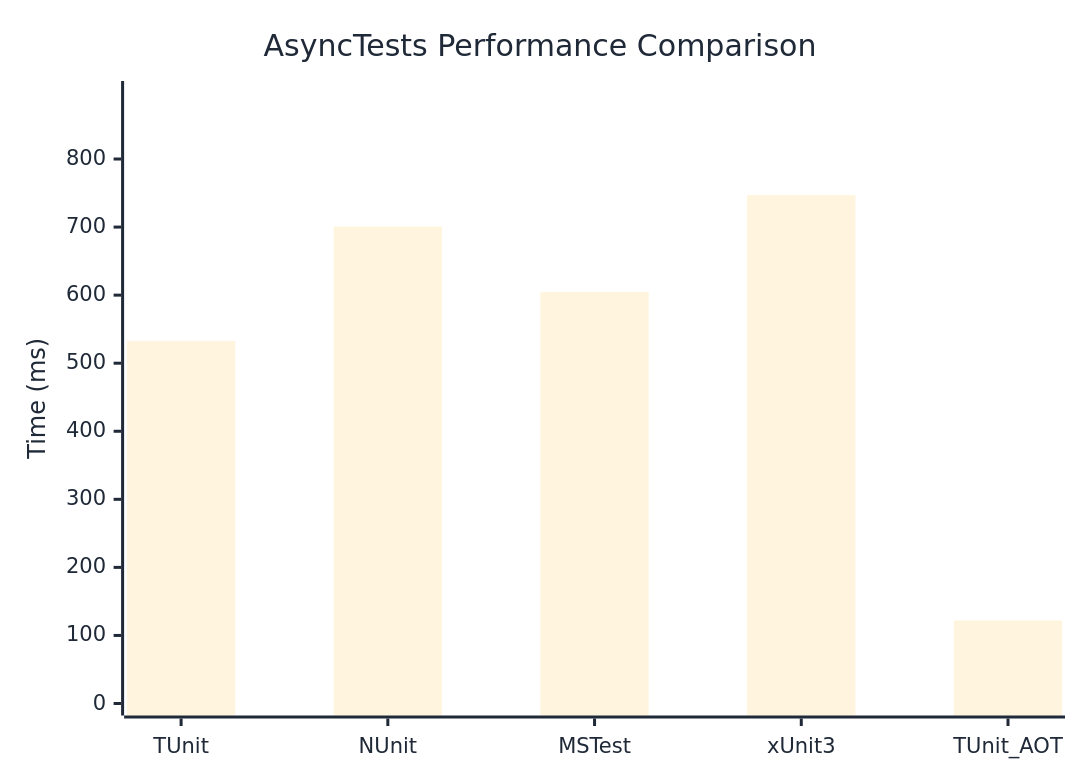
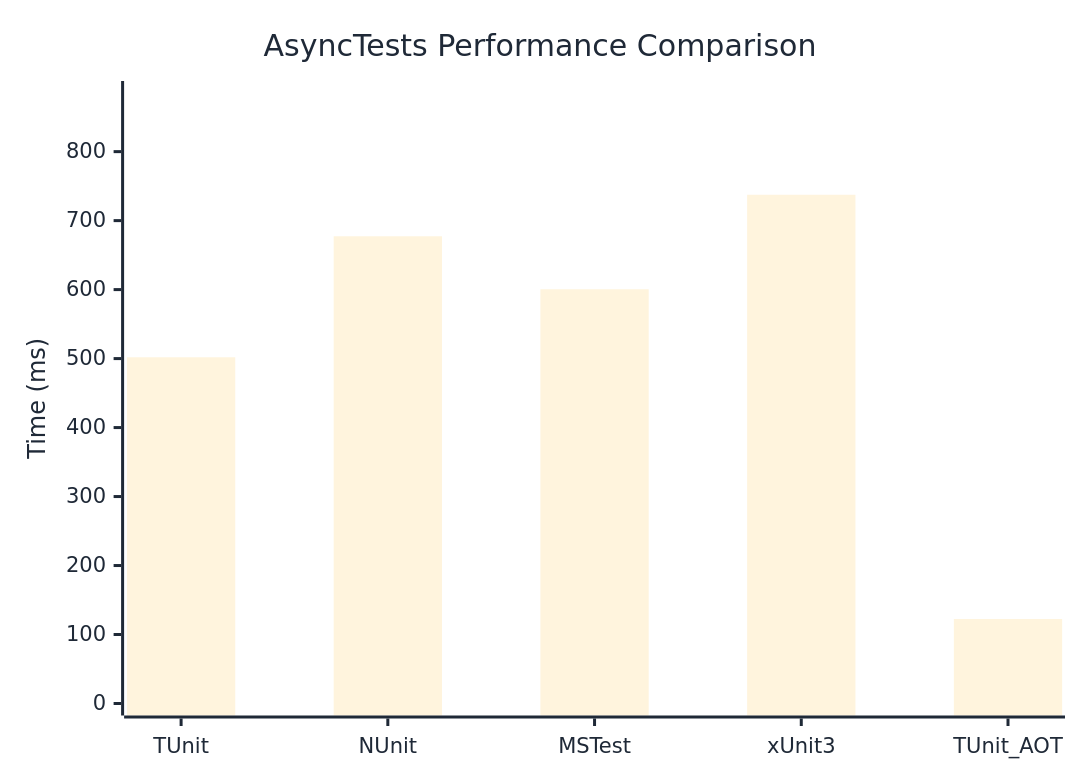
One commit to thomhurst/TUnit changed the diagram in docs/docs/benchmarks/AsyncTests.md. Above: the diagram before and after it, drawn with Mermaid. The commit also changed other lines of this file and 17 other files, not shown here.

````diff
--- a/docs/docs/benchmarks/AsyncTests.md
+++ b/docs/docs/benchmarks/AsyncTests.md
@@ -27,37 +27,37 @@
 ```mermaid
 %%{init: {
   'theme':'base',
   'themeVariables': {
     'primaryColor': '#2563eb',
     'primaryTextColor': '#1f2937',
     'primaryBorderColor': '#1e40af',
     'lineColor': '#6b7280',
     'secondaryColor': '#7c3aed',
     'tertiaryColor': '#dc2626',
     'background': '#ffffff',
     'mainBkg': '#2563eb',
     'secondBkg': '#7c3aed',
     'tertiaryBkg': '#dc2626',
     'clusterBkg': '#f3f4f6',
     'edgeLabelBackground': '#ffffff',
     'tertiaryTextColor': '#1f2937',
     'pie1': '#2563eb',
     'pie2': '#7c3aed',
     'pie3': '#dc2626',
     'pie4': '#f59e0b',
     'pie5': '#10b981',
     'pie6': '#06b6d4',
     'pie7': '#ec4899',
     'pie8': '#6366f1',
     'pie9': '#84cc16',
     'pie10': '#f97316',
     'pie11': '#14b8a6',
     'pie12': '#a855f7'
   }
 }}%%
 xychart-beta
   title "AsyncTests Performance Comparison"
   x-axis ["TUnit", "NUnit", "MSTest", "xUnit3", "TUnit_AOT"]
-  y-axis "Time (ms)" 0 --> 897
-  bar [532.9, 700.7, 604.4, 747, 122]
+  y-axis "Time (ms)" 0 --> 885
+  bar [501.9, 677.3, 600.5, 737.5, 122.5]
 ```
````
